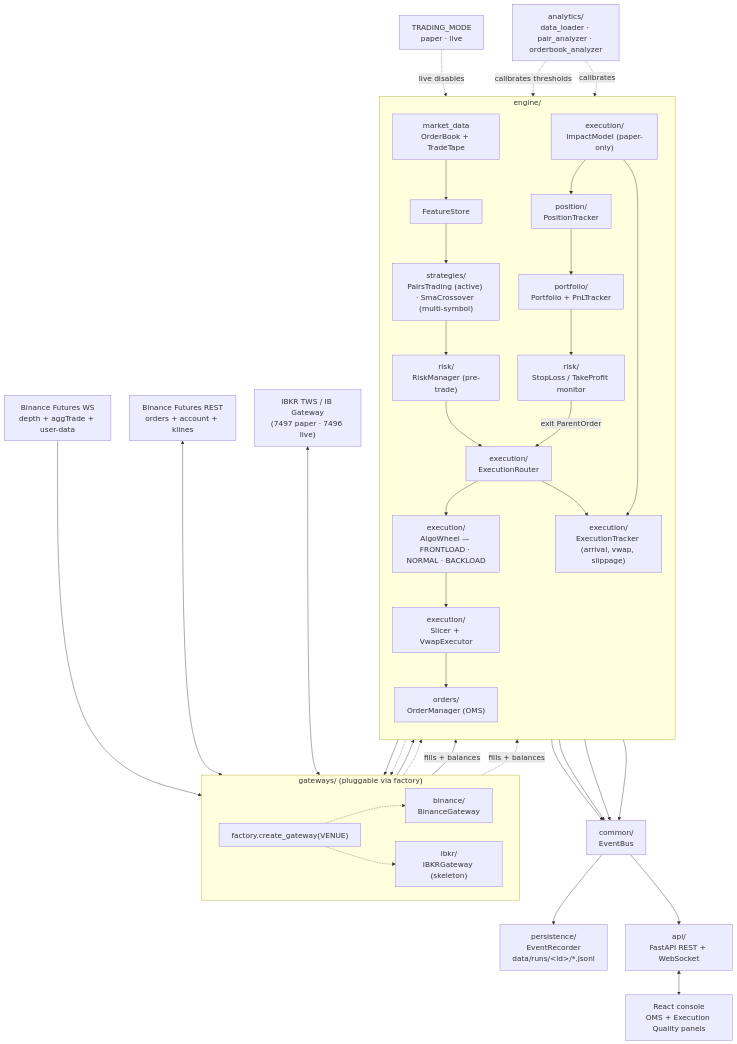
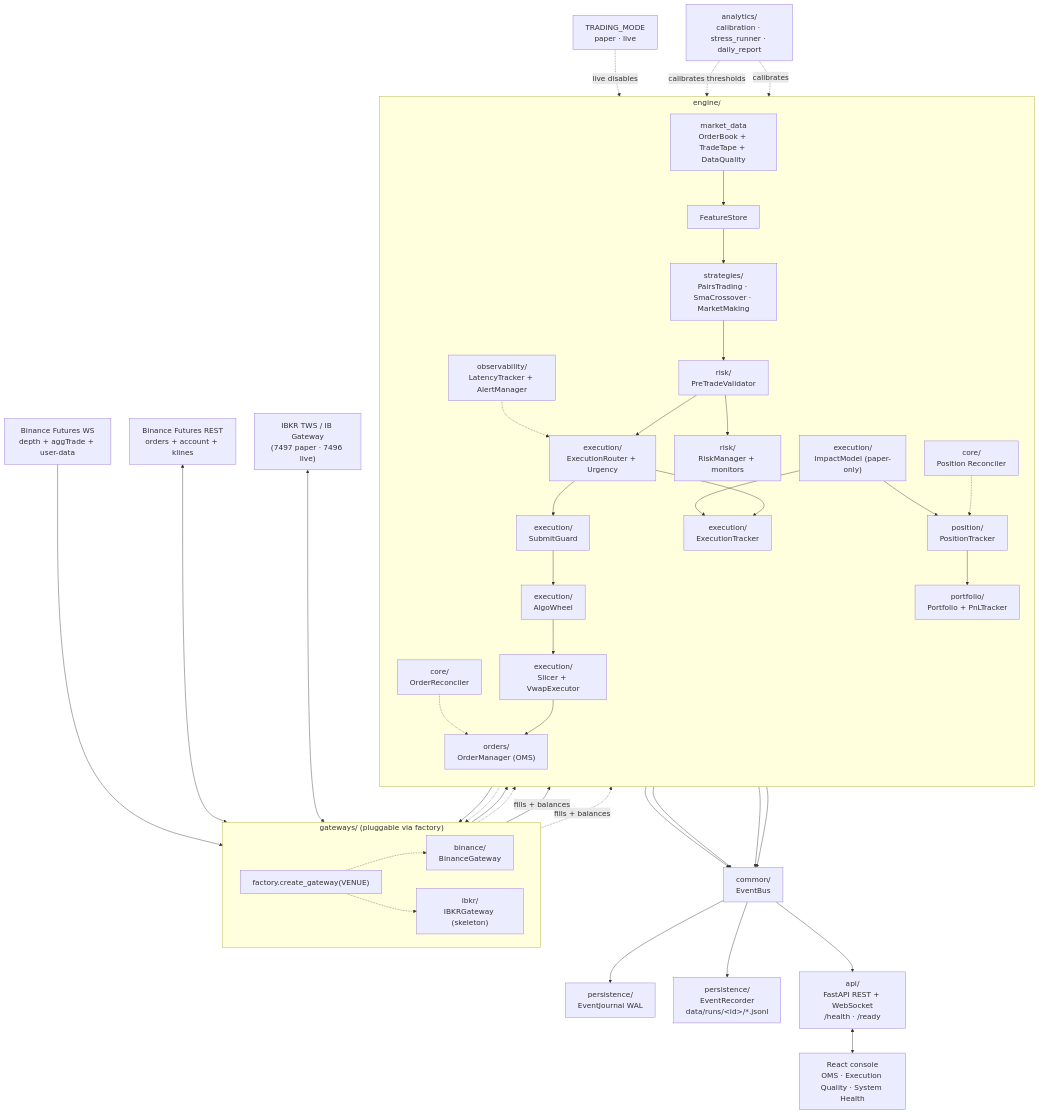
Before and after one commit to Zendragon98/algo-trading-hub: the first of 2 diagrams in backend/README.md, drawn with Mermaid. The commit also changed other lines of this file and 54 other files, not shown here.

First line of the commit message:
Enhance architecture and engine functionality

````diff
--- a/backend/README.md
+++ b/backend/README.md
@@ -9,69 +9,78 @@
 ```mermaid
 %%{init: {"flowchart": {"useMaxWidth": false, "htmlLabels": true, "nodeSpacing": 45, "rankSpacing": 60}, "themeVariables": {"fontSize": "18px"}}}%%
 flowchart TB
     BinanceWs["Binance Futures WS<br/>depth + aggTrade + user-data"]
     BinanceRest["Binance Futures REST<br/>orders + account + klines"]
     IbkrTws["IBKR TWS / IB Gateway<br/>(7497 paper · 7496 live)"]
 
     subgraph gw ["gateways/ (pluggable via factory)"]
         direction LR
         Factory["factory.create_gateway(VENUE)"]
         BinanceGw["binance/<br/>BinanceGateway"]
         IbkrGw["ibkr/<br/>IBKRGateway (skeleton)"]
         Factory -.-> BinanceGw
         Factory -.-> IbkrGw
     end
     BinanceWs --> BinanceGw
     BinanceRest <--> BinanceGw
     IbkrTws <--> IbkrGw
 
     subgraph eng ["engine/"]
         direction TB
-        MarketData["market_data<br/>OrderBook + TradeTape"]
+        MarketData["market_data<br/>OrderBook + TradeTape + DataQuality"]
         Features["FeatureStore"]
-        Strategy["strategies/<br/>PairsTrading (active) · SmaCrossover (multi-symbol)"]
-        Risk["risk/<br/>RiskManager (pre-trade)"]
-        Router["execution/<br/>ExecutionRouter"]
-        Wheel["execution/<br/>AlgoWheel — FRONTLOAD · NORMAL · BACKLOAD"]
+        Strategy["strategies/<br/>PairsTrading · SmaCrossover · MarketMaking"]
+        PreTrade["risk/<br/>PreTradeValidator"]
+        RiskMon2["risk/<br/>RiskManager + monitors"]
+        Router["execution/<br/>ExecutionRouter + Urgency"]
+        SubmitGuard["execution/<br/>SubmitGuard"]
+        Wheel["execution/<br/>AlgoWheel"]
         Slicer["execution/<br/>Slicer + VwapExecutor"]
         OrderMgr["orders/<br/>OrderManager (OMS)"]
-        Tracker["execution/<br/>ExecutionTracker (arrival, vwap, slippage)"]
+        OrdRec["core/<br/>OrderReconciler"]
+        PosRec["core/<br/>Position Reconciler"]
+        Tracker["execution/<br/>ExecutionTracker"]
         Impact["execution/<br/>ImpactModel (paper-only)"]
         Position["position/<br/>PositionTracker"]
         Portfolio["portfolio/<br/>Portfolio + PnLTracker"]
-        RiskMon["risk/<br/>StopLoss / TakeProfit monitor"]
+        Obs["observability/<br/>LatencyTracker + AlertManager"]
 
-        MarketData --> Features --> Strategy --> Risk --> Router
-        Router --> Wheel --> Slicer --> OrderMgr
+        MarketData --> Features --> Strategy --> PreTrade --> Router
+        PreTrade --> RiskMon2
+        Router --> SubmitGuard --> Wheel --> Slicer --> OrderMgr
         Router --> Tracker
-        Impact --> Position --> Portfolio --> RiskMon
+        OrdRec -.-> OrderMgr
+        PosRec -.-> Position
+        Impact --> Position --> Portfolio
         Impact --> Tracker
-        RiskMon -->|exit ParentOrder| Router
+        Obs -.-> Router
     end
 
     BinanceGw --> MarketData
     IbkrGw -.-> MarketData
     OrderMgr --> BinanceGw
     OrderMgr -.-> IbkrGw
     BinanceGw -->|fills + balances| Impact
     IbkrGw -.->|fills + balances| Impact
 
     Mode["TRADING_MODE<br/>paper · live"] -.->|live disables| Impact
 
     Bus["common/<br/>EventBus"]
     Portfolio --> Bus
     OrderMgr --> Bus
     Tracker --> Bus
     MarketData --> Bus
 
+    Journal["persistence/<br/>EventJournal WAL"]
     Recorder["persistence/<br/>EventRecorder<br/>data/runs/&lt;id&gt;/*.jsonl"]
-    API["api/<br/>FastAPI REST + WebSocket"]
-    FE["React console<br/>OMS + Execution Quality panels"]
+    Bus --> Journal
     Bus --> Recorder
+    API["api/<br/>FastAPI REST + WebSocket<br/>/health · /ready"]
+    FE["React console<br/>OMS · Execution Quality · System Health"]
     Bus --> API
     API <--> FE
 
-    Analytics["analytics/<br/>data_loader · pair_analyzer · orderbook_analyzer"]
+    Analytics["analytics/<br/>calibration · stress_runner · daily_report"]
     Analytics -.->|calibrates thresholds| Strategy
     Analytics -.->|calibrates| Wheel
 ```
````
